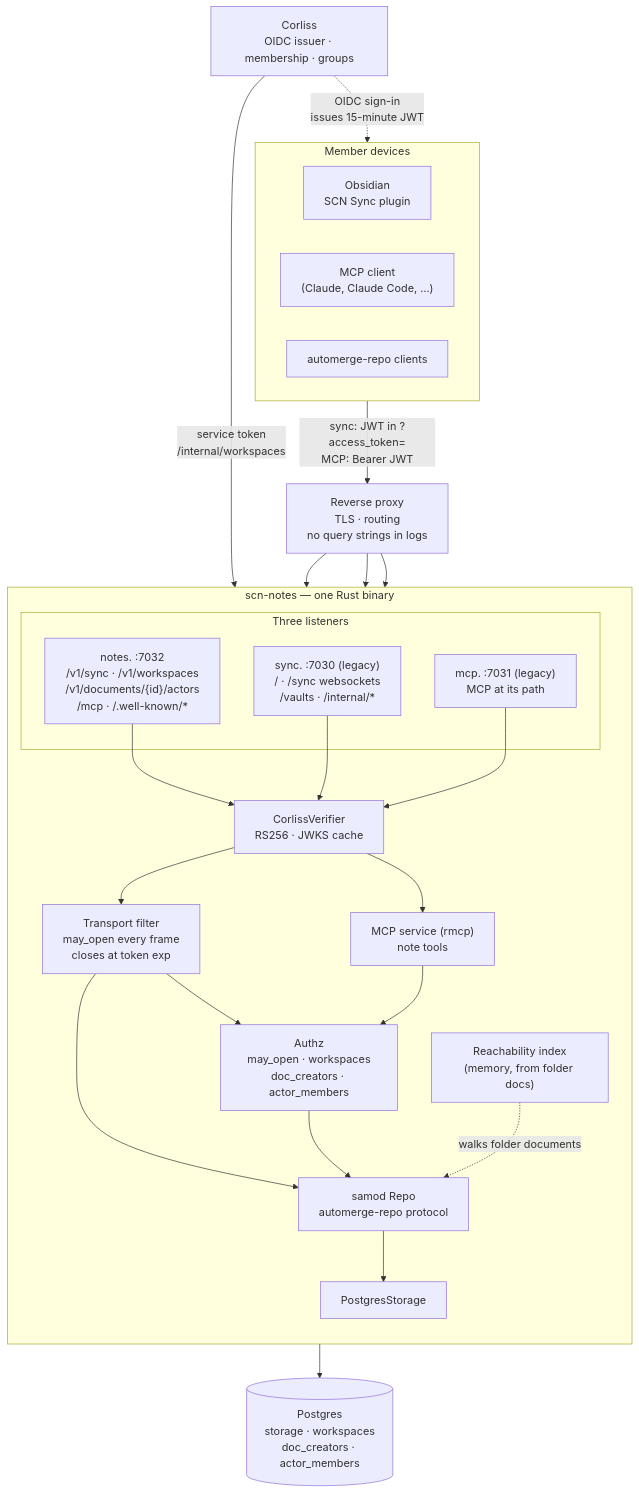
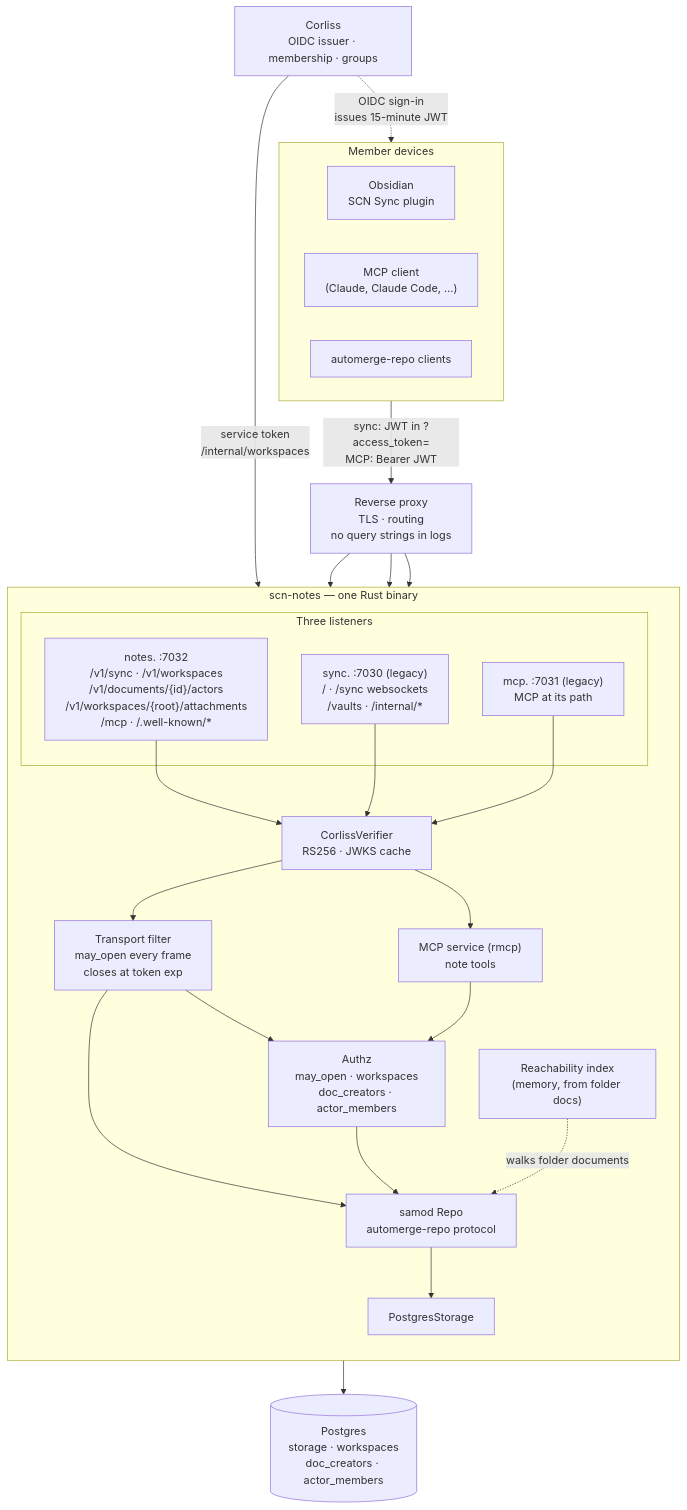
Before and after one commit to Z-Space-Society/scn-notes: the diagram in README.md, drawn with Mermaid. The commit also changed other lines of this file and 8 other files, not shown here.

````diff
--- a/README.md
+++ b/README.md
@@ -20,50 +20,50 @@
 ```mermaid
 flowchart TB
     subgraph clients["Member devices"]
         obs["Obsidian<br/>SCN Sync plugin"]
         mcpcli["MCP client<br/>(Claude, Claude Code, …)"]
         synccli["automerge-repo clients"]
     end
 
     corliss["Corliss<br/>OIDC issuer · membership · groups"]
     proxy["Reverse proxy<br/>TLS · routing<br/>no query strings in logs"]
 
     subgraph relay["scn-notes — one Rust binary"]
         direction TB
         subgraph listeners["Three listeners"]
-            notes_l["notes. :7032<br/>/v1/sync · /v1/workspaces<br/>/v1/documents/{id}/actors<br/>/mcp · /.well-known/*"]
+            notes_l["notes. :7032<br/>/v1/sync · /v1/workspaces<br/>/v1/documents/{id}/actors<br/>/v1/workspaces/{root}/attachments<br/>/mcp · /.well-known/*"]
             sync_l["sync. :7030 (legacy)<br/>/ · /sync websockets<br/>/vaults · /internal/*"]
             mcp_l["mcp. :7031 (legacy)<br/>MCP at its path"]
         end
         verifier["CorlissVerifier<br/>RS256 · JWKS cache"]
         filter["Transport filter<br/>may_open every frame<br/>closes at token exp"]
         authz["Authz<br/>may_open · workspaces<br/>doc_creators · actor_members"]
         reach["Reachability index<br/>(memory, from folder docs)"]
         mcpsvc["MCP service (rmcp)<br/>note tools"]
         repo["samod Repo<br/>automerge-repo protocol"]
         store["PostgresStorage"]
     end
 
     db[("Postgres<br/>storage · workspaces<br/>doc_creators · actor_members")]
 
     clients -- "sync: JWT in ?access_token=<br/>MCP: Bearer JWT" --> proxy
     corliss -. "OIDC sign-in<br/>issues 15-minute JWT" .-> clients
     corliss -- "service token<br/>/internal/workspaces" --> sync_l
 
     proxy --> notes_l
     proxy --> sync_l
     proxy --> mcp_l
 
     notes_l --> verifier
     sync_l --> verifier
     mcp_l --> verifier
     verifier --> filter
     verifier --> mcpsvc
     filter --> authz
     filter --> repo
     mcpsvc --> authz
     authz --> repo
     reach -. "walks folder documents" .-> repo
     repo --> store
     store --> db
 ```
````
